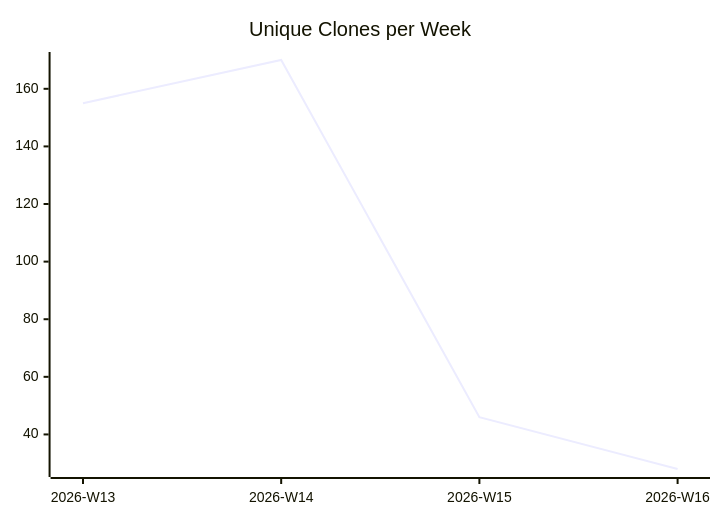
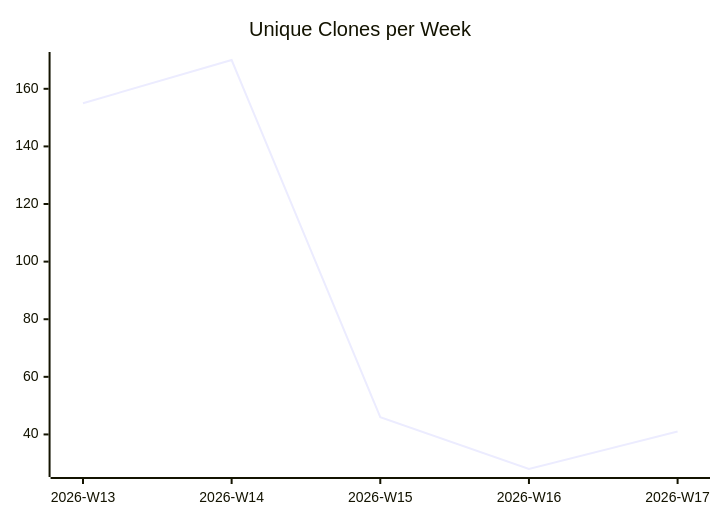
Before and after one commit to justdavis-family/github-analytics-data: the third of 3 diagrams in karlmdavis/justdavis-finances/README.md, drawn with Mermaid. The commit also changed other lines of this file and 198 other files, not shown here.

````diff
--- a/karlmdavis/justdavis-finances/README.md
+++ b/karlmdavis/justdavis-finances/README.md
@@ -19,6 +19,6 @@
 ```mermaid
 xychart-beta
   title "Unique Clones per Week"
-  x-axis ["2026-W13", "2026-W14", "2026-W15", "2026-W16"]
-  line [155, 170, 46, 28]
+  x-axis ["2026-W13", "2026-W14", "2026-W15", "2026-W16", "2026-W17"]
+  line [155, 170, 46, 28, 41]
 ```
````
